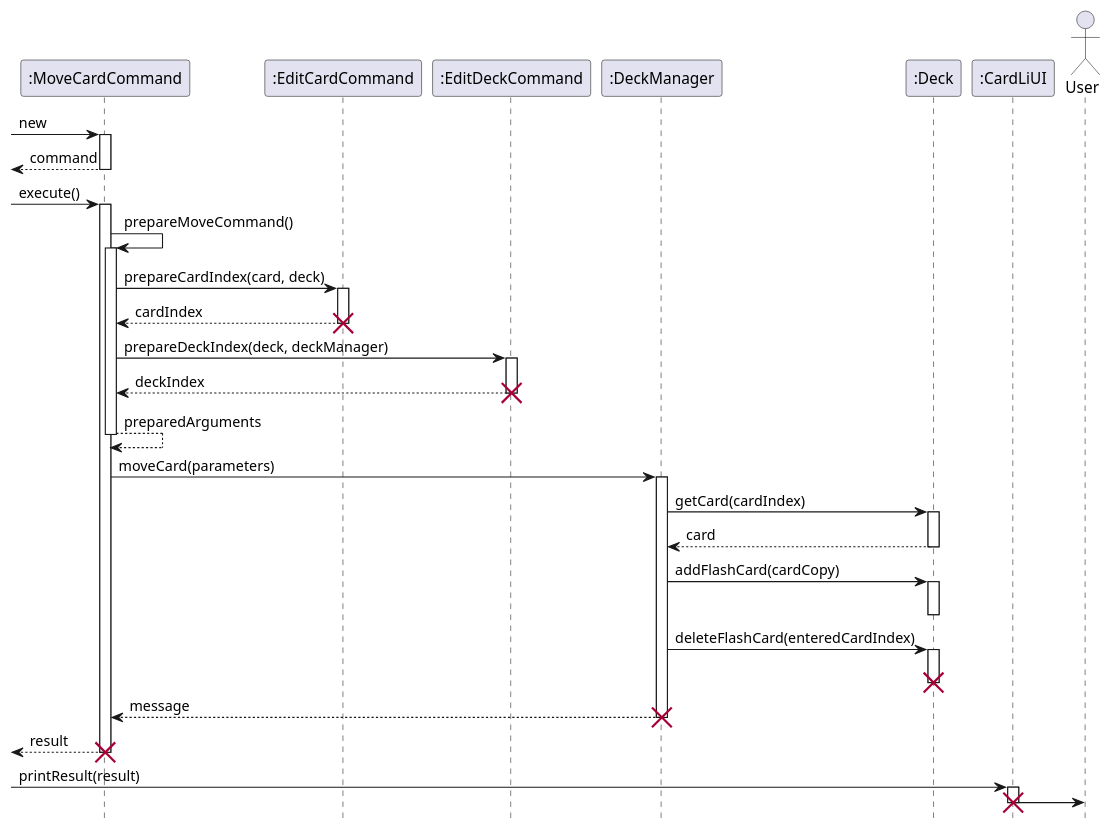
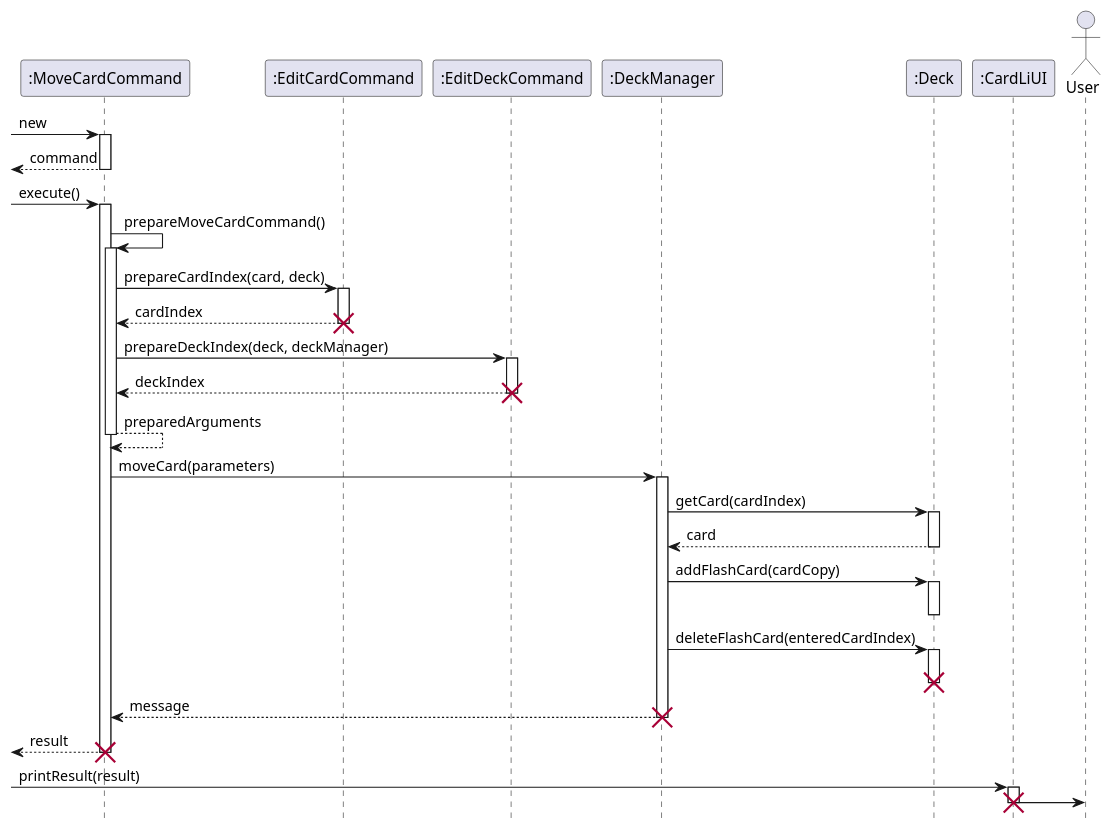
One commit to xkisxk/tp changed the diagram in docs/uml/MoveCommandSeqDiagram.puml. Above: the diagram before and after it, drawn with PlantUML. The commit also changed 4 other files, not shown here.

```diff
--- a/docs/uml/MoveCommandSeqDiagram.puml
+++ b/docs/uml/MoveCommandSeqDiagram.puml
@@ -1,75 +1,75 @@
 @startuml
 hide footbox
 
 participant ":MoveCardCommand" as MoveCardCommand
 participant ":EditCardCommand" as EditCardCommand
 participant ":EditDeckCommand" as EditDeckCommand
 participant ":DeckManager" as DeckManager
 participant ":Deck" as Deck
 participant ":CardLiUI" as CardLiUI
 actor "User" as User
 
 [-> MoveCardCommand : new
 activate MoveCardCommand
 [<-- MoveCardCommand : command
 deactivate MoveCardCommand
 
 [->MoveCardCommand : execute()
 activate MoveCardCommand
 
-MoveCardCommand -> MoveCardCommand : prepareMoveCommand()
+MoveCardCommand -> MoveCardCommand : prepareMoveCardCommand()
 activate MoveCardCommand
 
 MoveCardCommand -> EditCardCommand: prepareCardIndex(card, deck)
 activate EditCardCommand
 
 EditCardCommand --> MoveCardCommand: cardIndex
 deactivate EditCardCommand
 destroy EditCardCommand
 
 MoveCardCommand -> EditDeckCommand: prepareDeckIndex(deck, deckManager)
 activate EditDeckCommand
 
 EditDeckCommand --> MoveCardCommand: deckIndex
 deactivate EditDeckCommand
 destroy EditDeckCommand
 
 MoveCardCommand --> MoveCardCommand: preparedArguments
 deactivate MoveCardCommand
 
 MoveCardCommand -> DeckManager: moveCard(parameters)
 activate DeckManager
 
 DeckManager -> Deck: getCard(cardIndex)
 activate Deck
 
 Deck --> DeckManager: card
 deactivate Deck
 
 DeckManager -> Deck: addFlashCard(cardCopy)
 activate Deck
 deactivate Deck
 
 DeckManager -> Deck: deleteFlashCard(enteredCardIndex)
 activate Deck
 deactivate Deck
 destroy Deck
 
 
 DeckManager --> MoveCardCommand: message
 deactivate DeckManager
 
 destroy DeckManager
 
 [<-- MoveCardCommand: result
 deactivate MoveCardCommand
 destroy MoveCardCommand
 
 [-> CardLiUI: printResult(result)
 activate CardLiUI
 
 CardLiUI -> User
 
 deactivate CardLiUI
 destroy CardLiUI
 @enduml
```
